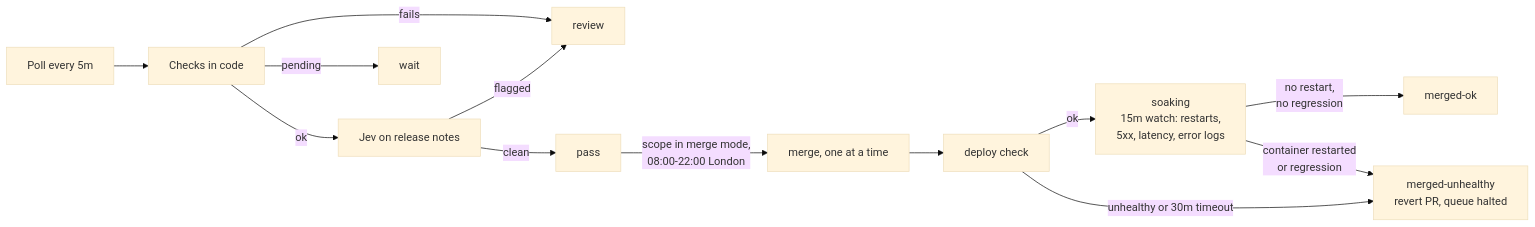
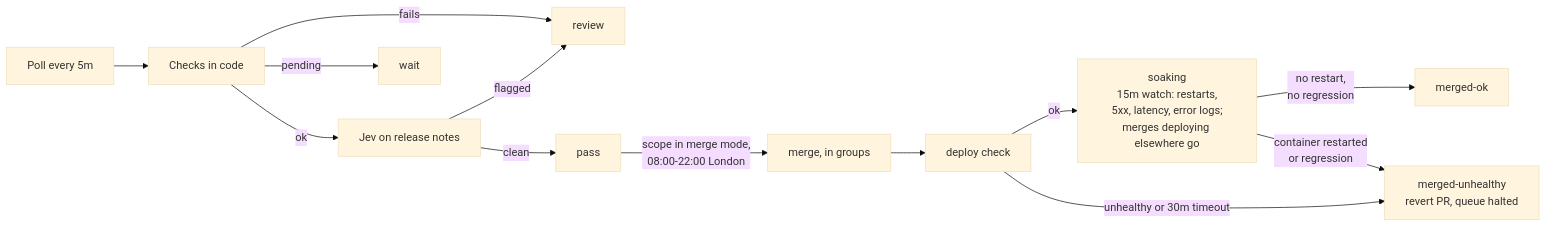
The diagram in docs/jevil.md (member87/home-ops), drawn with Mermaid (base theme) before and after one commit. The commit also changed other lines of this file and 1 other file, not shown here.

Commit message:
feat(jevil): a live deploy under watch holds only merges that deploy where it does (pin jevil aef7765) (#688)

````diff
--- a/docs/jevil.md
+++ b/docs/jevil.md
@@ -252,15 +266,15 @@
 ```mermaid
 flowchart LR
   P[Poll every 5m] --> D[Checks in code]
   D -->|fails| R[review]
   D -->|pending| W[wait]
   D -->|ok| J[Jev on release notes]
   J -->|flagged| R
   J -->|clean| S[pass]
-  S -->|scope in merge mode,<br/>08:00-22:00 London| M[merge, one at a time]
+  S -->|scope in merge mode,<br/>08:00-22:00 London| M[merge, in groups]
   M --> V[deploy check]
-  V -->|ok| SK[soaking<br/>15m watch: restarts,<br/>5xx, latency, error logs]
+  V -->|ok| SK[soaking<br/>15m watch: restarts,<br/>5xx, latency, error logs;<br/>merges deploying elsewhere go]
   SK -->|no restart,<br/>no regression| OK[merged-ok]
   V -->|unhealthy or 30m timeout| H[merged-unhealthy<br/>revert PR, queue halted]
   SK -->|container restarted<br/>or regression| H
 ```
````
